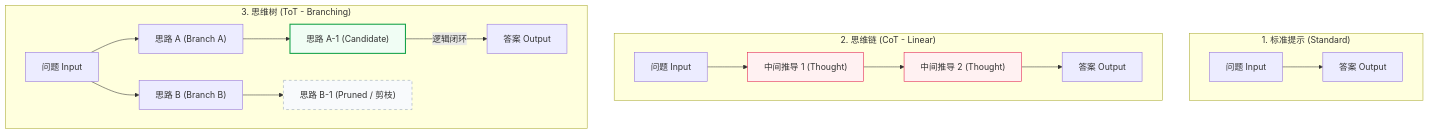
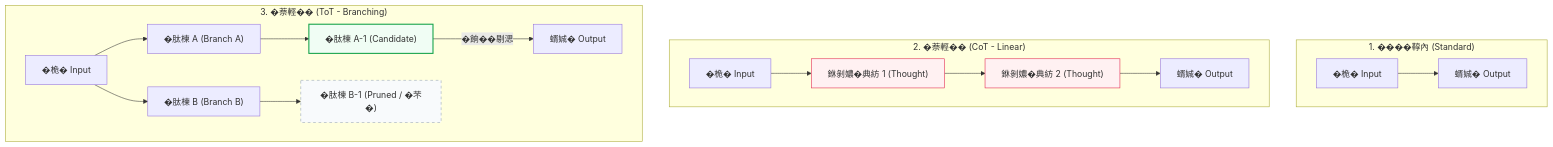
One commit to wangchong2023/lang-chain-graph changed the seventh of 16 diagrams in doc/AI_Knowledge_Roadmap.md. Above: the diagram before and after it, drawn with Mermaid. The commit also changed other lines of this file, not shown here.

Commit message:
docs: update AI knowledge roadmap with new learning milestones

````diff
--- a/doc/AI_Knowledge_Roadmap.md
+++ b/doc/AI_Knowledge_Roadmap.md
@@ -453,26 +372,26 @@
 ```mermaid
 graph TD
-    subgraph "1. 标准提示 (Standard)"
-        S1[问题 Input] --> S2[答案 Output]
+    subgraph "1. ����鞟內 (Standard)"
+        S1[�桅� Input] --> S2[蝑娍� Output]
     end
 
-    subgraph "2. 思维链 (CoT - Linear)"
-        C1[问题 Input] --> C2["中间推导 1 (Thought)"]
-        C2 --> C3["中间推导 2 (Thought)"]
-        C3 --> C4[答案 Output]
+    subgraph "2. �萘輕�� (CoT - Linear)"
+        C1[�桅� Input] --> C2["銝剝𡢿�典紡 1 (Thought)"]
+        C2 --> C3["銝剝𡢿�典紡 2 (Thought)"]
+        C3 --> C4[蝑娍� Output]
     end
 
-    subgraph "3. 思维树 (ToT - Branching)"
-        T1[问题 Input] --> T2["思路 A (Branch A)"]
-        T1 --> T3["思路 B (Branch B)"]
-        T2 --> T4["思路 A-1 (Candidate)"]
-        T3 --> T5["思路 B-1 (Pruned / 剪枝)"]
-        T4 -- "逻辑闭环" --> T6[答案 Output]
+    subgraph "3. �萘輕�� (ToT - Branching)"
+        T1[�桅� Input] --> T2["�肽楝 A (Branch A)"]
+        T1 --> T3["�肽楝 B (Branch B)"]
+        T2 --> T4["�肽楝 A-1 (Candidate)"]
+        T3 --> T5["�肽楝 B-1 (Pruned / �芣�)"]
+        T4 -- "�餉��剔㴓" --> T6[蝑娍� Output]
     end
 
-    %% 样式美化
+    %% �瑕�蝢𤾸�
     style C2 fill:#fff1f2,stroke:#e11d48,stroke-width:1px
     style C3 fill:#fff1f2,stroke:#e11d48,stroke-width:1px
     style T4 fill:#f0fdf4,stroke:#16a34a,stroke-width:2px
     style T5 fill:#f8fafc,stroke:#94a3b8,stroke-dasharray: 5 5
 ```
````
